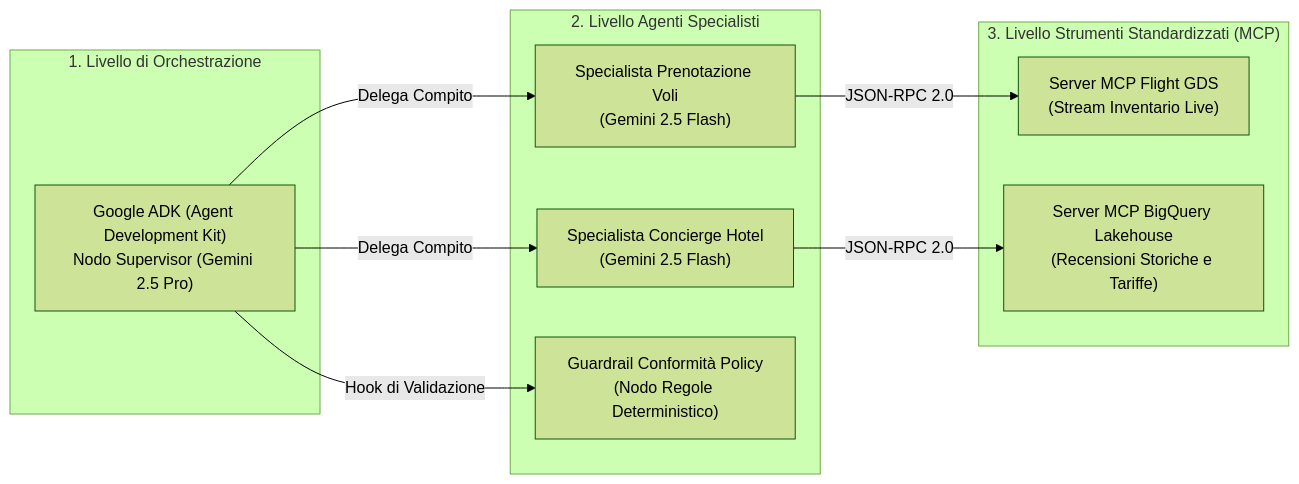
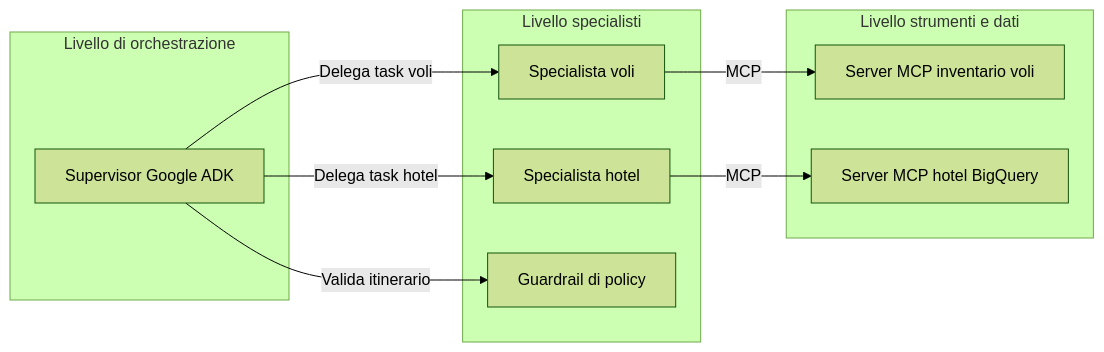
The second of 3 diagrams in content/italian/blog/gemini-enterprise-multi-agent-swarm-adk-mcp.md (tharun15/gcloudcafe), drawn with Mermaid (forest theme) before and after one commit. The commit also changed other lines of this file and 1 other file, not shown here.

````diff
--- a/content/italian/blog/gemini-enterprise-multi-agent-swarm-adk-mcp.md
+++ b/content/italian/blog/gemini-enterprise-multi-agent-swarm-adk-mcp.md
@@ -83,24 +85,24 @@
 ```mermaid
 flowchart LR
-    subgraph UI["1. Livello di Orchestrazione"]
-        ADK["Google ADK (Agent Development Kit)<br/>Nodo Supervisor (Gemini 2.5 Pro)"]
+    subgraph Orchestration["Livello di orchestrazione"]
+        ADK["Supervisor Google ADK"]
     end
 
-    subgraph Workers["2. Livello Agenti Specialisti"]
-        A1["Specialista Prenotazione Voli<br/>(Gemini 2.5 Flash)"]
-        A2["Specialista Concierge Hotel<br/>(Gemini 2.5 Flash)"]
-        A3["Guardrail Conformità Policy<br/>(Nodo Regole Deterministico)"]
+    subgraph Workers["Livello specialisti"]
+        A1["Specialista voli"]
+        A2["Specialista hotel"]
+        A3["Guardrail di policy"]
     end
 
-    subgraph Data["3. Livello Strumenti Standardizzati (MCP)"]
-        MCP1["Server MCP Flight GDS<br/>(Stream Inventario Live)"]
-        MCP2["Server MCP BigQuery Lakehouse<br/>(Recensioni Storiche e Tariffe)"]
+    subgraph Data["Livello strumenti e dati"]
+        MCP1["Server MCP inventario voli"]
+        MCP2["Server MCP hotel BigQuery"]
     end
 
-    ADK -->|"Delega Compito"| A1
-    ADK -->|"Delega Compito"| A2
-    ADK -->|"Hook di Validazione"| A3
+    ADK -->|"Delega task voli"| A1
+    ADK -->|"Delega task hotel"| A2
+    ADK -->|"Valida itinerario"| A3
 
-    A1 -->|"JSON-RPC 2.0"| MCP1
-    A2 -->|"JSON-RPC 2.0"| MCP2
+    A1 -->|"MCP"| MCP1
+    A2 -->|"MCP"| MCP2
 ```
````
